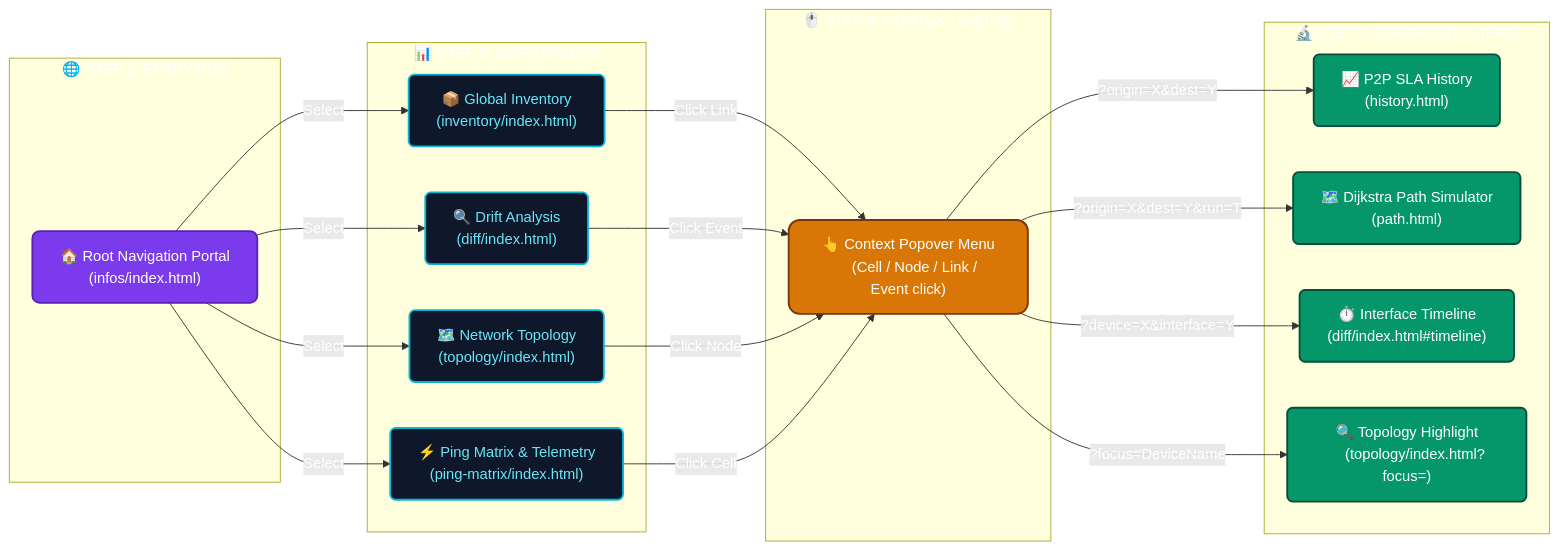
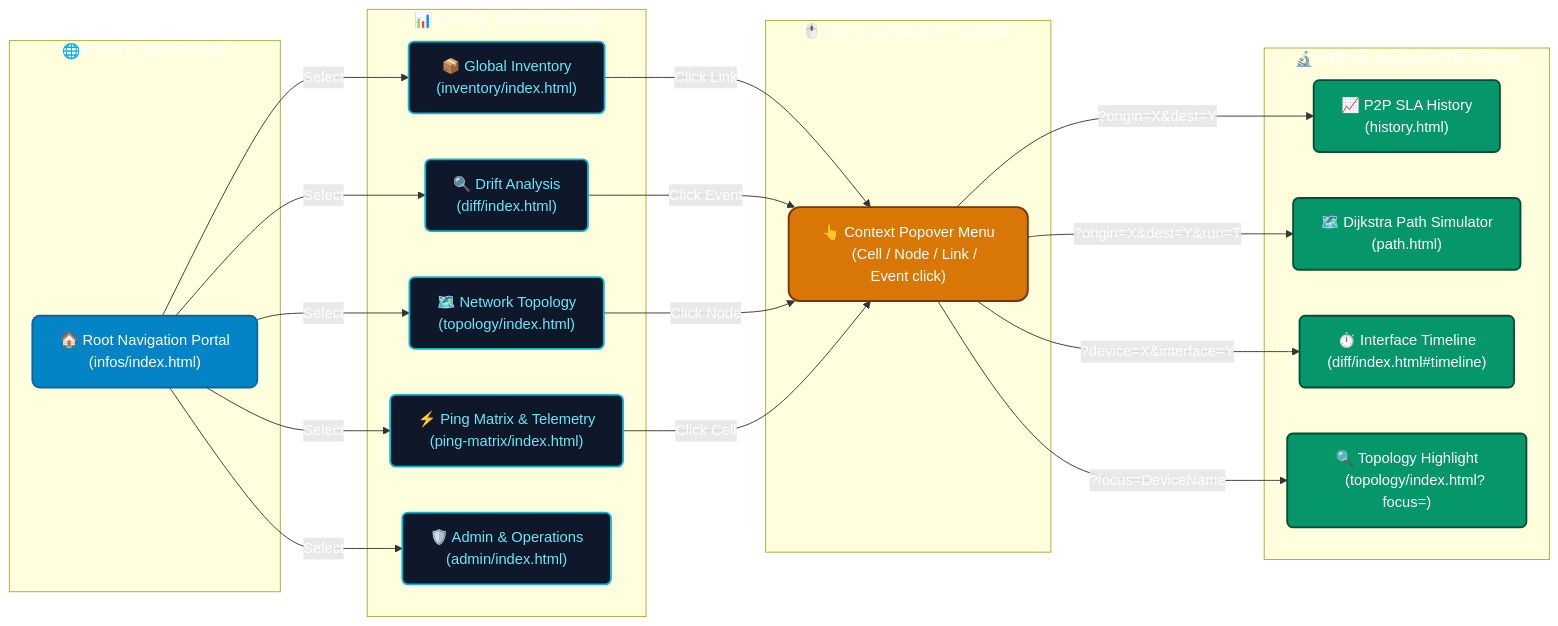
The second of 2 diagrams in README.md (flashbsb/network-data-extractor), drawn with Mermaid before and after one commit. The commit also changed other lines of this file and 26 other files, not shown here.

````diff
--- a/README.md
+++ b/README.md
@@ -420,70 +441,73 @@
 ```mermaid
 flowchart LR
 
 %% ==========================================================
 %% STYLES (Cyber / NOC Theme)
 %% ==========================================================
-classDef root fill:#7C3AED,stroke:#5B21B6,stroke-width:2px,color:#fff,rx:8,ry:8
+classDef root fill:#0284c7,stroke:#0369a1,stroke-width:2px,color:#fff,rx:8,ry:8
 classDef workspace fill:#0F172A,stroke:#06B6D4,stroke-width:2px,color:#67E8F9,rx:6,ry:6
 classDef menu fill:#D97706,stroke:#78350F,stroke-width:2px,color:#fff,rx:12,ry:12
 classDef subview fill:#059669,stroke:#064E3B,stroke-width:2px,color:#fff,rx:6,ry:6
 
 %% ==========================================================
 %% STEP 1: ENTRY PORTAL
 %% ==========================================================
 subgraph STEP1["🌐 STEP 1: ENTRY HUB"]
     ROOT["🏠 Root Navigation Portal
     (infos/index.html)"]:::root
 end
 
 %% ==========================================================
 %% STEP 2: NETWORK WORKSPACES
 %% ==========================================================
 subgraph STEP2["📊 STEP 2: WORKSPACES"]
     INV["📦 Global Inventory
     (inventory/index.html)"]:::workspace
     DIFF["🔍 Drift Analysis
     (diff/index.html)"]:::workspace
     TOPO["🗺️ Network Topology
     (topology/index.html)"]:::workspace
     PM["⚡ Ping Matrix & Telemetry
     (ping-matrix/index.html)"]:::workspace
+    ADMIN["🛡️ Admin & Operations
+    (admin/index.html)"]:::workspace
 end
 
 ROOT -->|Select| INV
 ROOT -->|Select| DIFF
 ROOT -->|Select| TOPO
 ROOT -->|Select| PM
+ROOT -->|Select| ADMIN
 
 %% ==========================================================
 %% STEP 3: CONTEXT ENGINE (CENTERED)
 %% ==========================================================
 subgraph STEP3["🖱️ STEP 3: CONTEXT ENGINE"]
     MENU["👆 Context Popover Menu
     (Cell / Node / Link / Event click)"]:::menu
 end
 
 INV -->|Click Link| MENU
 DIFF -->|Click Event| MENU
 TOPO -->|Click Node| MENU
 PM -->|Click Cell| MENU
 
 %% ==========================================================
 %% STEP 4: DIAGNOSTIC VIEWS
 %% ==========================================================
 subgraph STEP4["🔬 STEP 4: DIAGNOSTIC VIEWS"]
     HIST["📈 P2P SLA History
     (history.html)"]:::subview
     PATH["🗺️ Dijkstra Path Simulator
     (path.html)"]:::subview
     TIME["⏱️ Interface Timeline
     (diff/index.html#timeline)"]:::subview
     MAP["🔍 Topology Highlight
     (topology/index.html?focus=)"]:::subview
 end
 
 MENU -->|"?origin=X&dest=Y"| HIST
 MENU -->|"?origin=X&dest=Y&run=T"| PATH
 MENU -->|"?device=X&interface=Y"| TIME
 MENU -->|"?focus=DeviceName"| MAP
 ```
````
